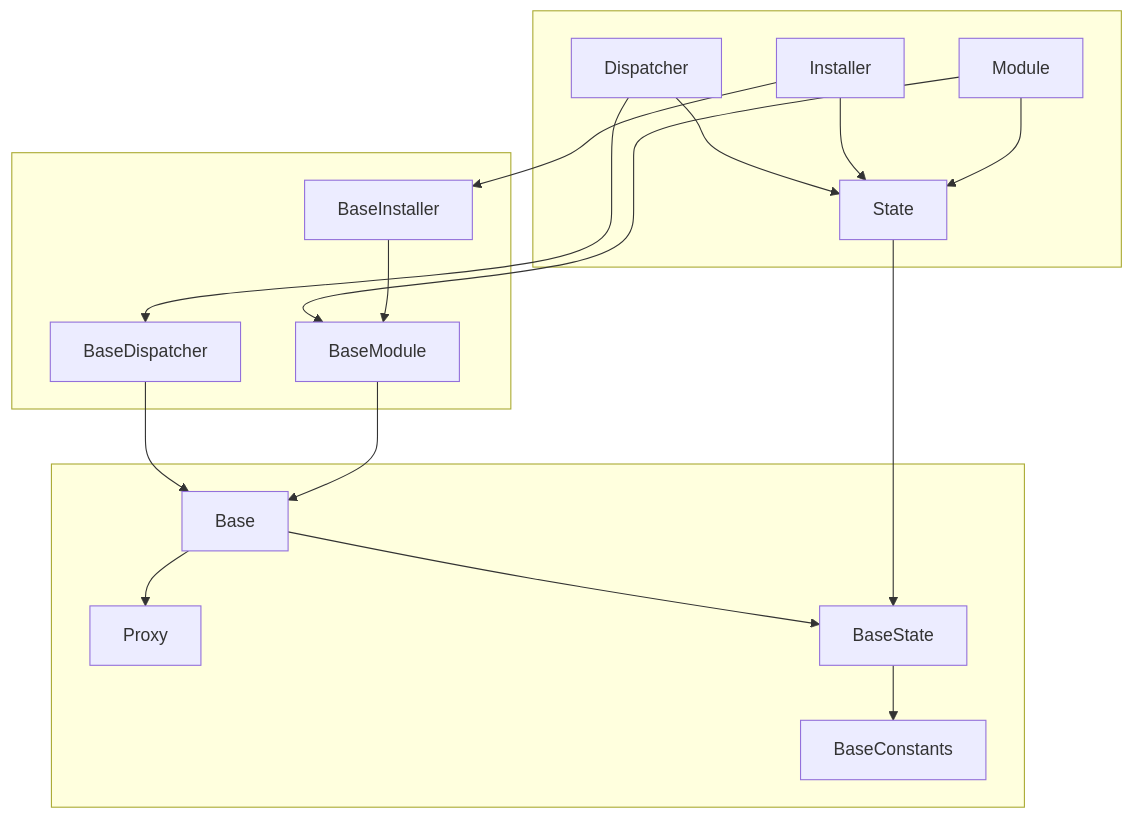
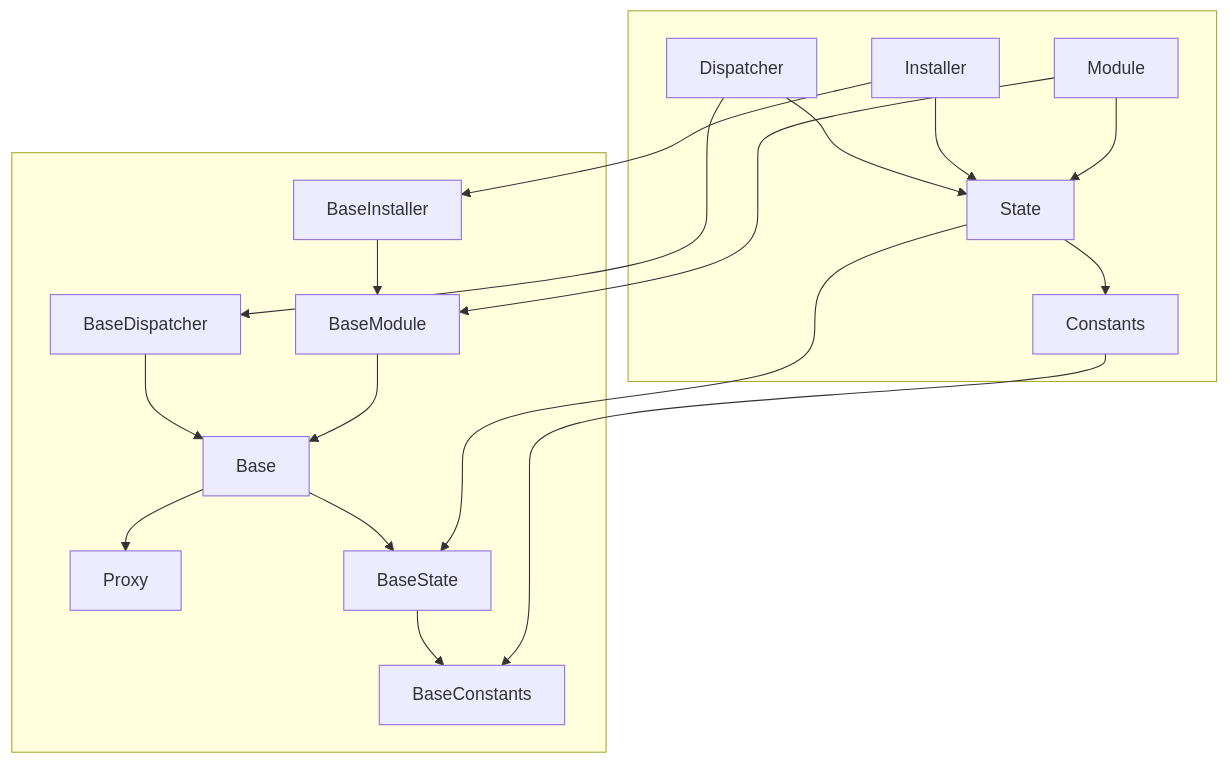
The second of 2 diagrams in README.md (chromaxyz/reflex), drawn with Mermaid before and after one commit.

Commit message:
clarify framework vs application

````diff
--- a/README.md
+++ b/README.md
@@ -52,24 +52,23 @@
 ```mermaid
 graph TD
     subgraph Application [ ]
     Dispatcher --> State
     Installer --> State
     Module --> State
+    State --> Constants
     end
 
     subgraph Framework [ ]
     Dispatcher --> BaseDispatcher
     Installer --> BaseInstaller
     Module --> BaseModule
     BaseInstaller --> BaseModule
-    end
-
-    subgraph Internals [ ]
     BaseDispatcher --> Base
     BaseModule --> Base
     Base --> Proxy
     Base --> BaseState
     BaseState --> BaseConstants
     State --> BaseState
+    Constants --> BaseConstants
     end
 ```
````
